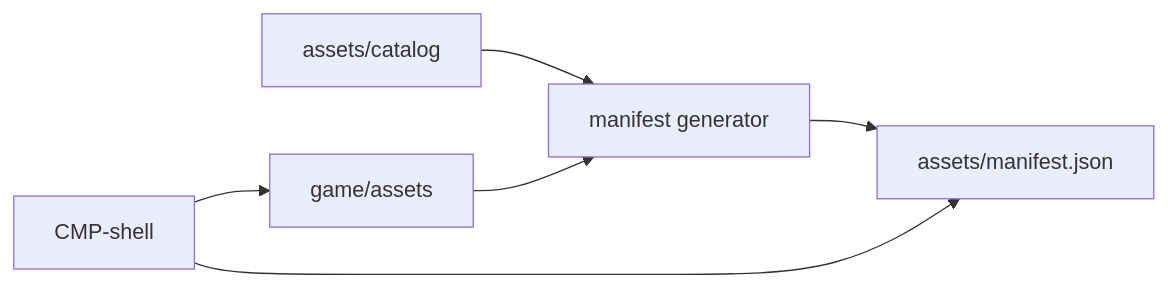
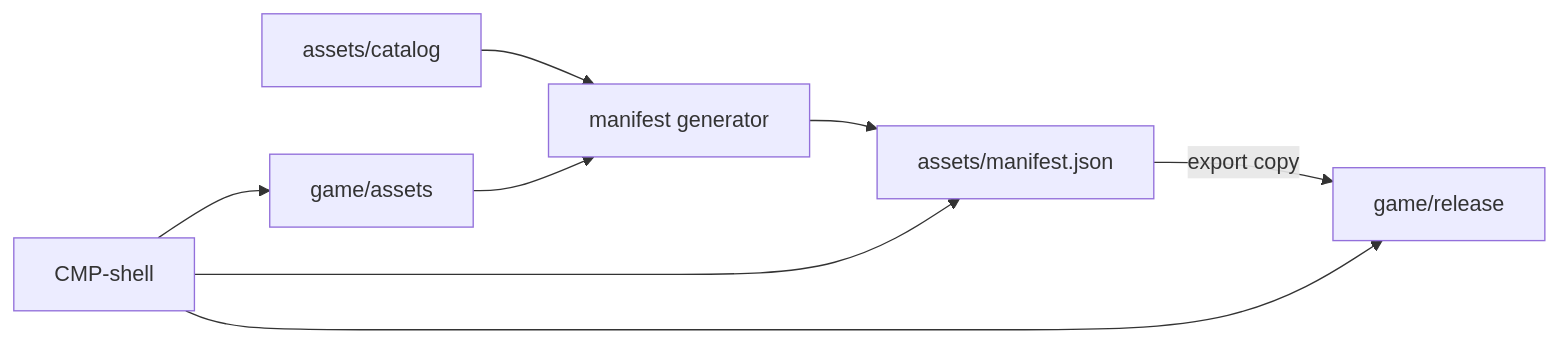
Before and after one commit to waigore/simplenono: the diagram in specs/technical/asset-access.md, drawn with Mermaid. The commit also changed other lines of this file and 21 other files, not shown here.

First line of the commit message:
Add release export presets and the in-build asset manifest

````diff
--- a/specs/technical/asset-access.md
+++ b/specs/technical/asset-access.md
@@ -39,8 +40,10 @@
 ```mermaid
 flowchart LR
   catalog[assets/catalog] --> gen[manifest generator]
   gen --> manifest[assets/manifest.json]
   files[game/assets] --> gen
   shell[CMP-shell] --> manifest
+  manifest -->|export copy| inbuild[game/release]
+  shell --> inbuild
   shell --> files
 ```
````
